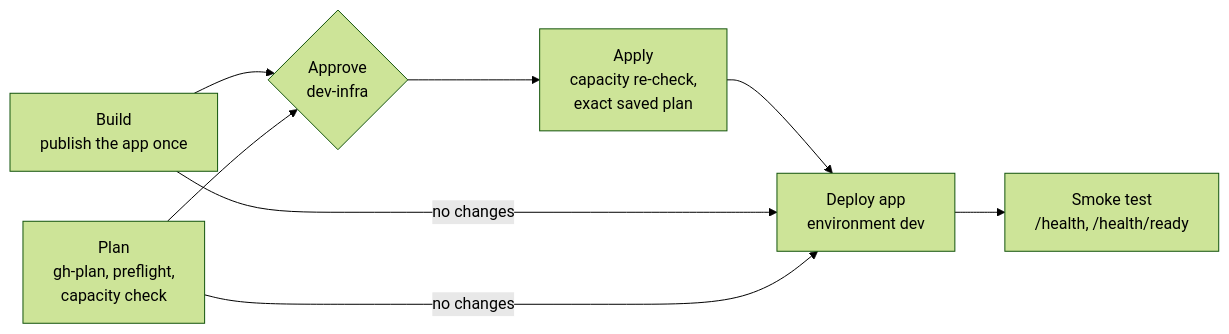
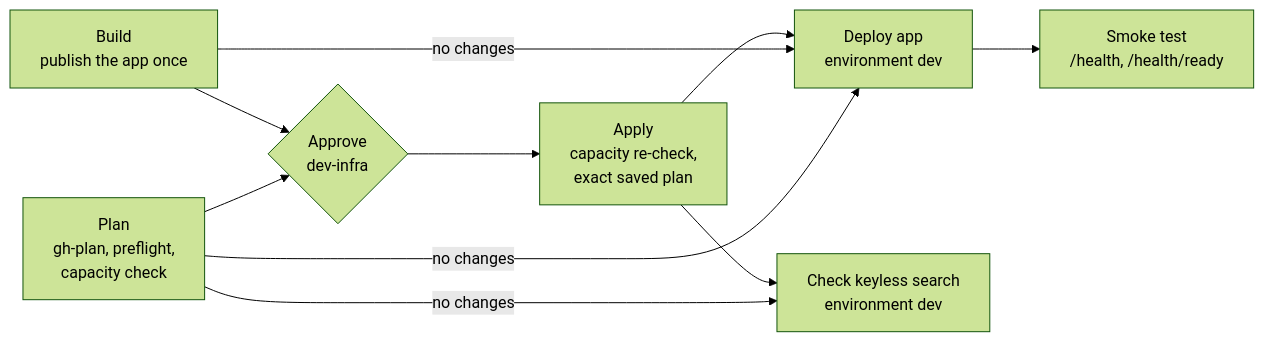
Before and after one commit to ankurparekh1988/payment-ops-investigation-agent: the first of 2 diagrams in docs/Deployment.md, drawn with Mermaid (forest theme). The commit also changed other lines of this file and 4 other files, not shown here.

Commit message:
docs: describe the keyless search service

````diff
--- a/docs/Deployment.md
+++ b/docs/Deployment.md
@@ -188,10 +195,12 @@
 ```mermaid
 flowchart LR
   B["Build<br/>publish the app once"] --> A
   P["Plan<br/>gh-plan, preflight,<br/>capacity check"] --> A{"Approve<br/>dev-infra"}
   A --> AP["Apply<br/>capacity re-check,<br/>exact saved plan"]
   AP --> D["Deploy app<br/>environment dev"]
   B -->|no changes| D
   P -->|no changes| D
   D --> S["Smoke test<br/>/health, /health/ready"]
+  AP --> K["Check keyless search<br/>environment dev"]
+  P -->|no changes| K
 ```
````
